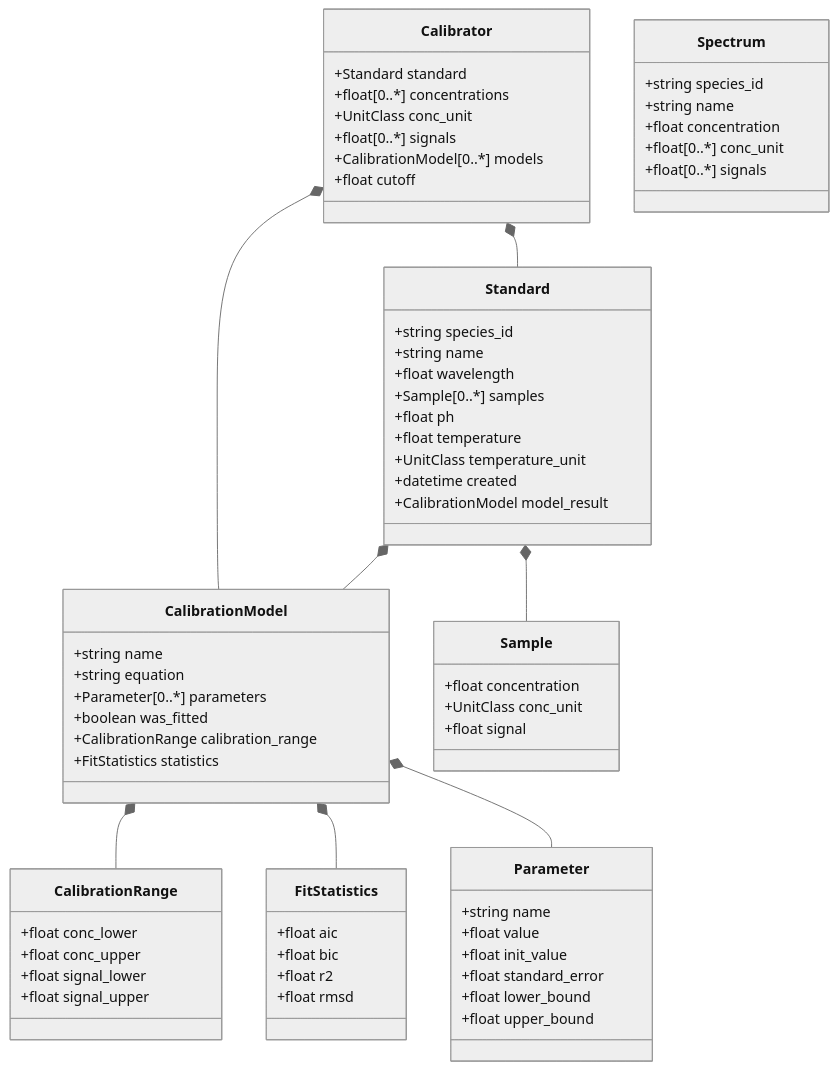
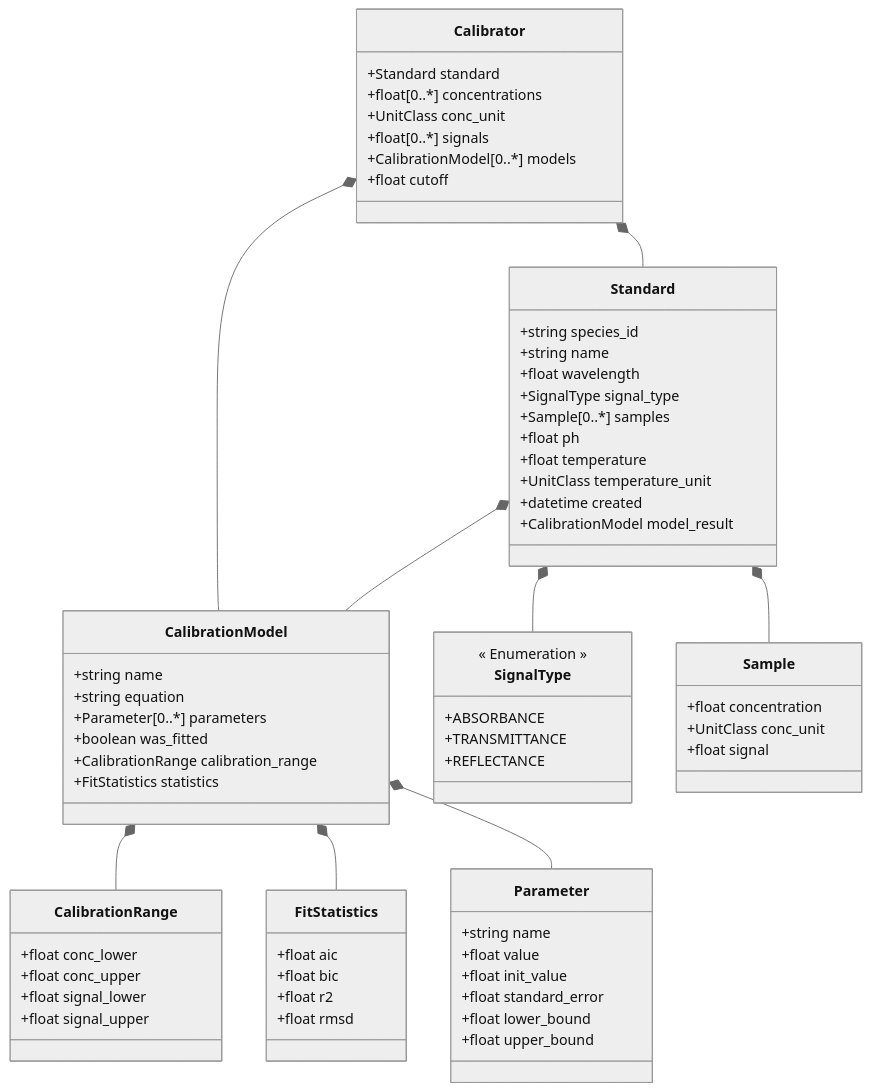
The diagram in CaliPytion/schemes/calipytion_schema.md (FAIRChemistry/datamodel_calibration), drawn with Mermaid (neutral theme) before and after one commit. The commit also changed 10 other files, not shown here.

````diff
--- a/CaliPytion/schemes/calipytion_schema.md
+++ b/CaliPytion/schemes/calipytion_schema.md
@@ -1,78 +1,79 @@
 ```mermaid
 classDiagram
     Calibrator *-- Standard
     Calibrator *-- CalibrationModel
+    Standard *-- SignalType
     Standard *-- Sample
     Standard *-- CalibrationModel
     CalibrationModel *-- CalibrationRange
     CalibrationModel *-- FitStatistics
     CalibrationModel *-- Parameter
     
     class Calibrator {
         +Standard standard
         +float[0..*] concentrations
         +UnitClass conc_unit
         +float[0..*] signals
         +CalibrationModel[0..*] models
         +float cutoff
     }
     
     class Standard {
         +string species_id
         +string name
         +float wavelength
+        +SignalType signal_type
         +Sample[0..*] samples
         +float ph
         +float temperature
         +UnitClass temperature_unit
         +datetime created
         +CalibrationModel model_result
     }
     
     class Sample {
         +float concentration
         +UnitClass conc_unit
         +float signal
     }
     
     class CalibrationModel {
         +string name
         +string equation
         +Parameter[0..*] parameters
         +boolean was_fitted
         +CalibrationRange calibration_range
         +FitStatistics statistics
     }
     
     class CalibrationRange {
         +float conc_lower
         +float conc_upper
         +float signal_lower
         +float signal_upper
     }
     
     class FitStatistics {
         +float aic
         +float bic
         +float r2
         +float rmsd
     }
     
     class Parameter {
         +string name
         +float value
         +float init_value
         +float standard_error
         +float lower_bound
         +float upper_bound
     }
     
-    class Spectrum {
-        +string species_id
-        +string name
-        +float concentration
-        +float[0..*] conc_unit
-        +float[0..*] signals
+    class SignalType {
+        << Enumeration >>
+        +ABSORBANCE
+        +TRANSMITTANCE
+        +REFLECTANCE
     }
     
 ```
````
